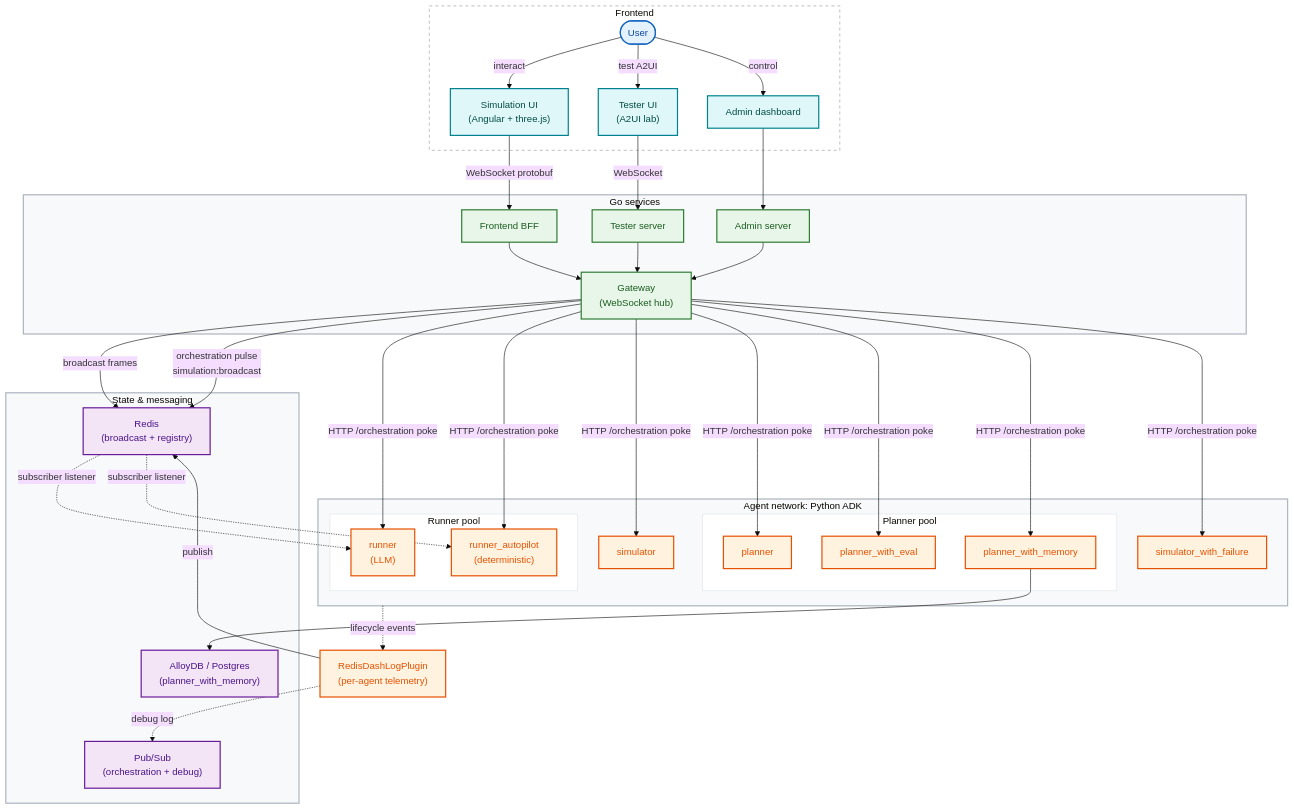
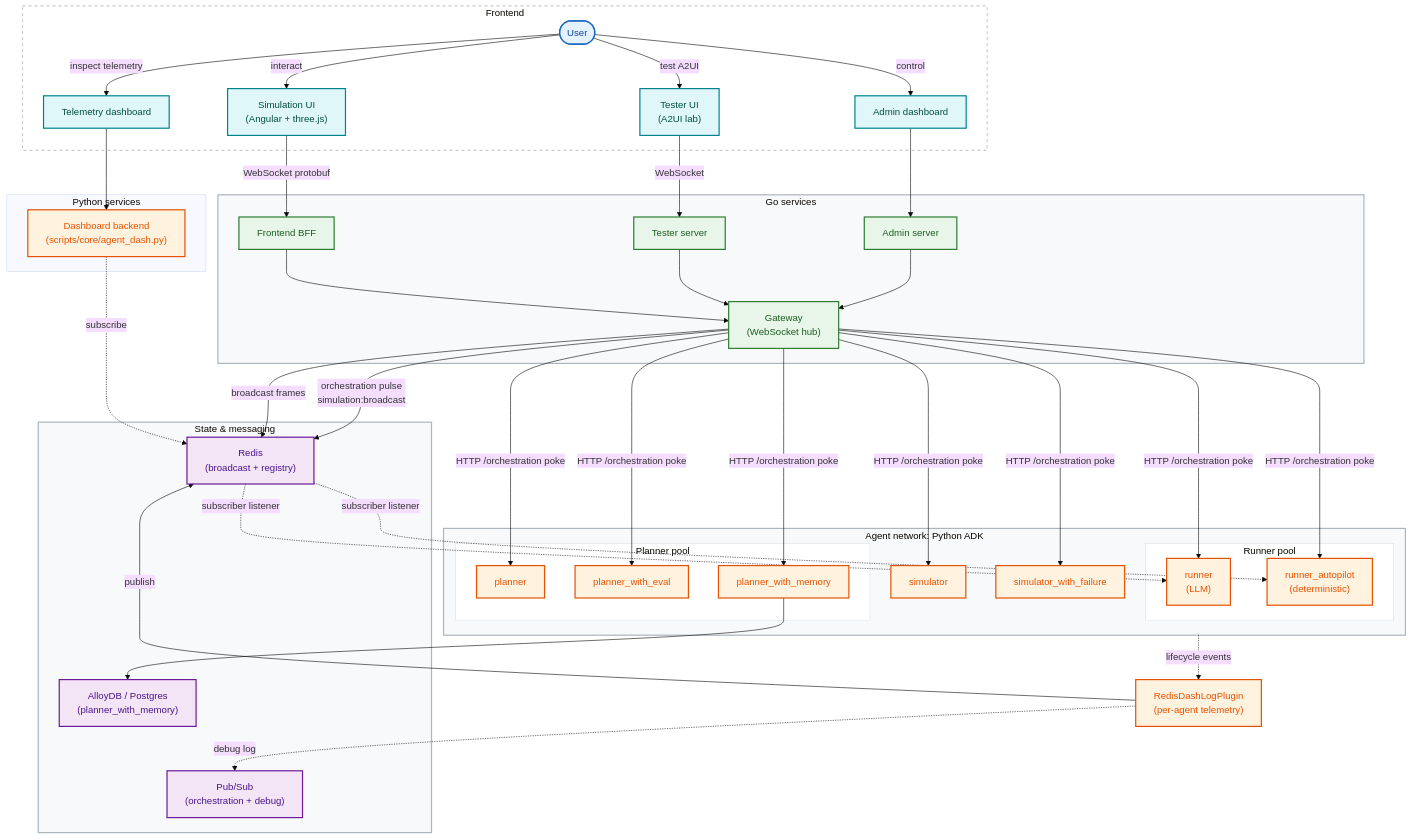
Before and after one commit to GoogleCloudPlatform/race-condition: the diagram in docs/architecture/system_architecture.md, drawn with Mermaid (base theme). The commit also changed 9 other files, not shown here.

```diff
--- a/docs/architecture/system_architecture.md
+++ b/docs/architecture/system_architecture.md
@@ -32,6 +32,7 @@
         SimUI["Simulation UI<br/>(Angular + three.js)"]:::web
         TesterUI["Tester UI<br/>(A2UI lab)"]:::web
         Admin["Admin dashboard"]:::web
+        DashUI["Telemetry dashboard"]:::web
     end
 
     %% Go services
@@ -40,6 +41,11 @@
         FrontendBFF["Frontend BFF"]:::golang
         TesterServer["Tester server"]:::golang
         AdminServer["Admin server"]:::golang
+    end
+
+    %% Python services (non-agent)
+    subgraph PythonServices[Python services]
+        DashServer["Dashboard backend<br/>(scripts/core/agent_dash.py)"]:::python
     end
 
     %% Infrastructure
@@ -73,12 +79,15 @@
     User -->|interact| SimUI
     User -->|test A2UI| TesterUI
     User -->|control| Admin
+    User -->|inspect telemetry| DashUI
     SimUI -->|WebSocket protobuf| FrontendBFF
     TesterUI -->|WebSocket| TesterServer
     Admin --> AdminServer
+    DashUI --> DashServer
     FrontendBFF --> Gateway
     TesterServer --> Gateway
     AdminServer --> Gateway
+    DashServer -.->|subscribe| Redis
 
     Gateway -->|broadcast frames| Redis
     Gateway -->|orchestration pulse<br/>simulation:broadcast| Redis
```
